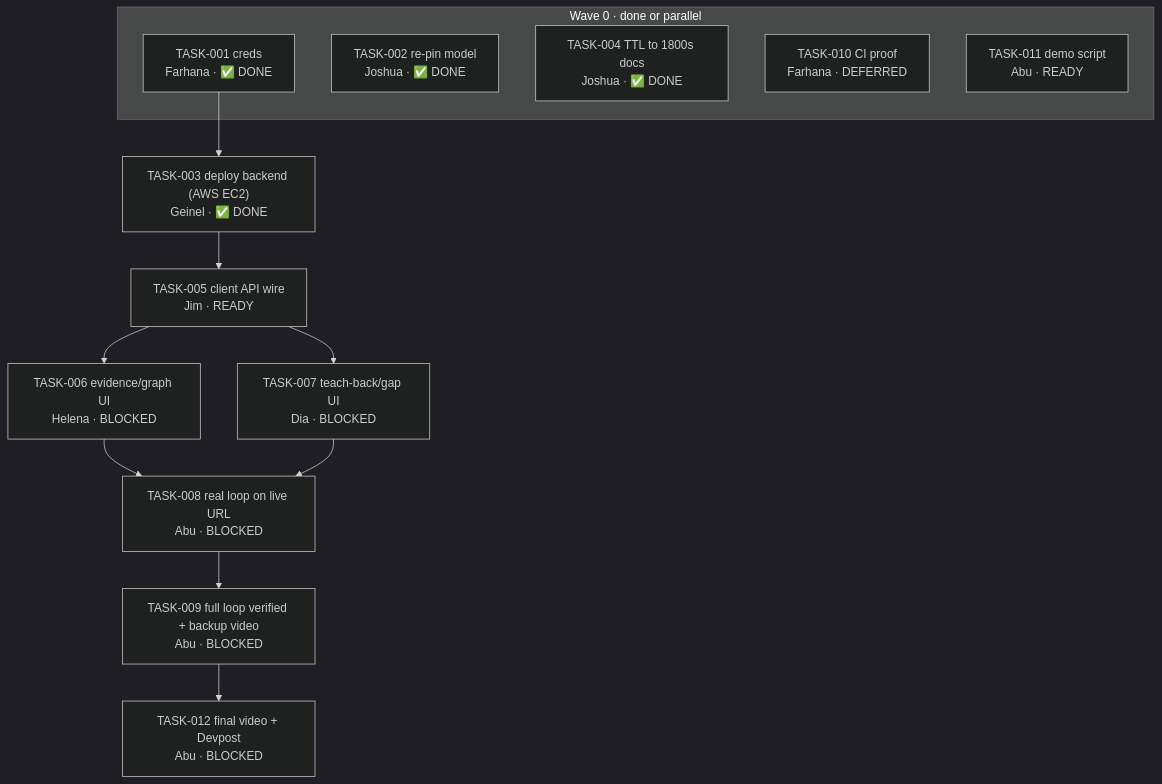
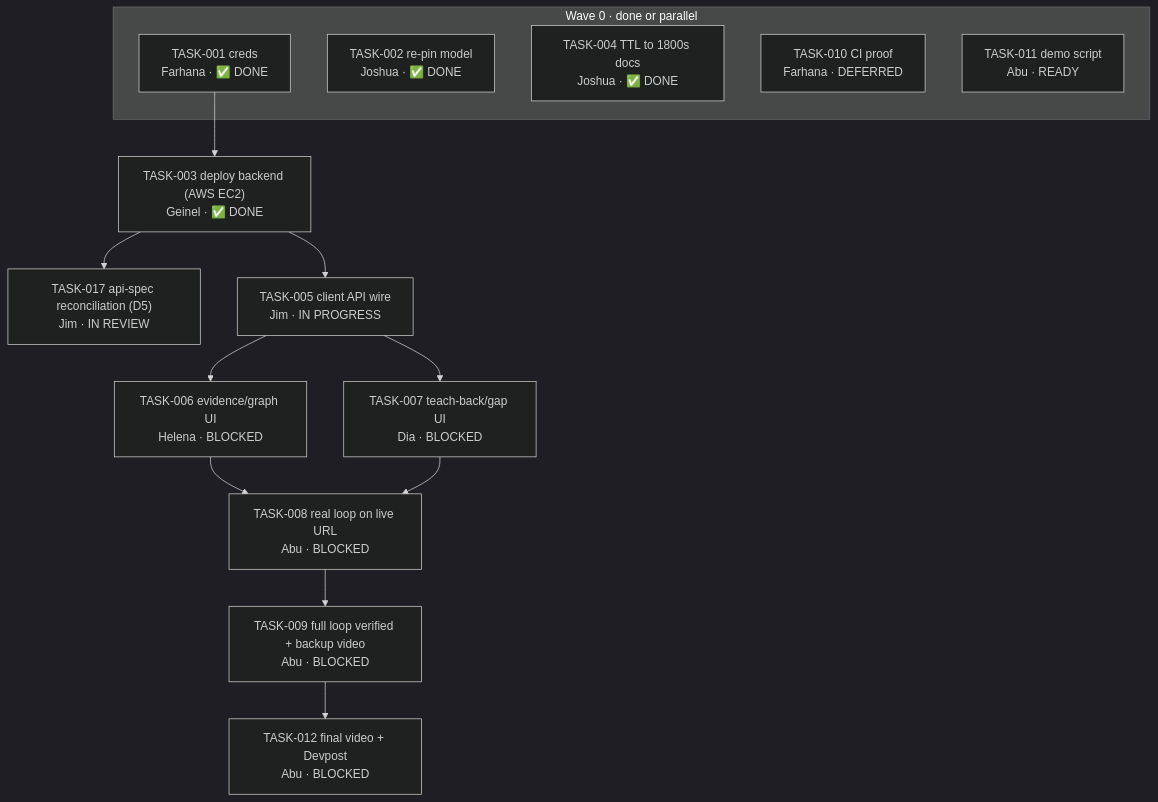
Before and after one commit to varietase/convex: the diagram in docs/implementation-plan.md, drawn with Mermaid (dark theme). The commit also changed other lines of this file and 3 other files, not shown here.

````diff
--- a/docs/implementation-plan.md
+++ b/docs/implementation-plan.md
@@ -126,24 +128,26 @@
 ```mermaid
 flowchart TD
   subgraph W0["Wave 0 · done or parallel"]
     T1["TASK-001 creds<br/>Farhana · ✅ DONE"]
     T2["TASK-002 re-pin model<br/>Joshua · ✅ DONE"]
     T4["TASK-004 TTL to 1800s docs<br/>Joshua · ✅ DONE"]
     T10["TASK-010 CI proof<br/>Farhana · DEFERRED"]
     T11["TASK-011 demo script<br/>Abu · READY"]
   end
   T3["TASK-003 deploy backend (AWS EC2)<br/>Geinel · ✅ DONE"]
-  T5["TASK-005 client API wire<br/>Jim · READY"]
+  T17["TASK-017 api-spec reconciliation (D5)<br/>Jim · IN REVIEW"]
+  T5["TASK-005 client API wire<br/>Jim · IN PROGRESS"]
   T6["TASK-006 evidence/graph UI<br/>Helena · BLOCKED"]
   T7["TASK-007 teach-back/gap UI<br/>Dia · BLOCKED"]
   T8["TASK-008 real loop on live URL<br/>Abu · BLOCKED"]
   T9["TASK-009 full loop verified + backup video<br/>Abu · BLOCKED"]
   T12["TASK-012 final video + Devpost<br/>Abu · BLOCKED"]
 
   T1 --> T3 --> T5
+  T3 --> T17
   T5 --> T6
   T5 --> T7
   T6 --> T8
   T7 --> T8
   T8 --> T9 --> T12
 ```
````
